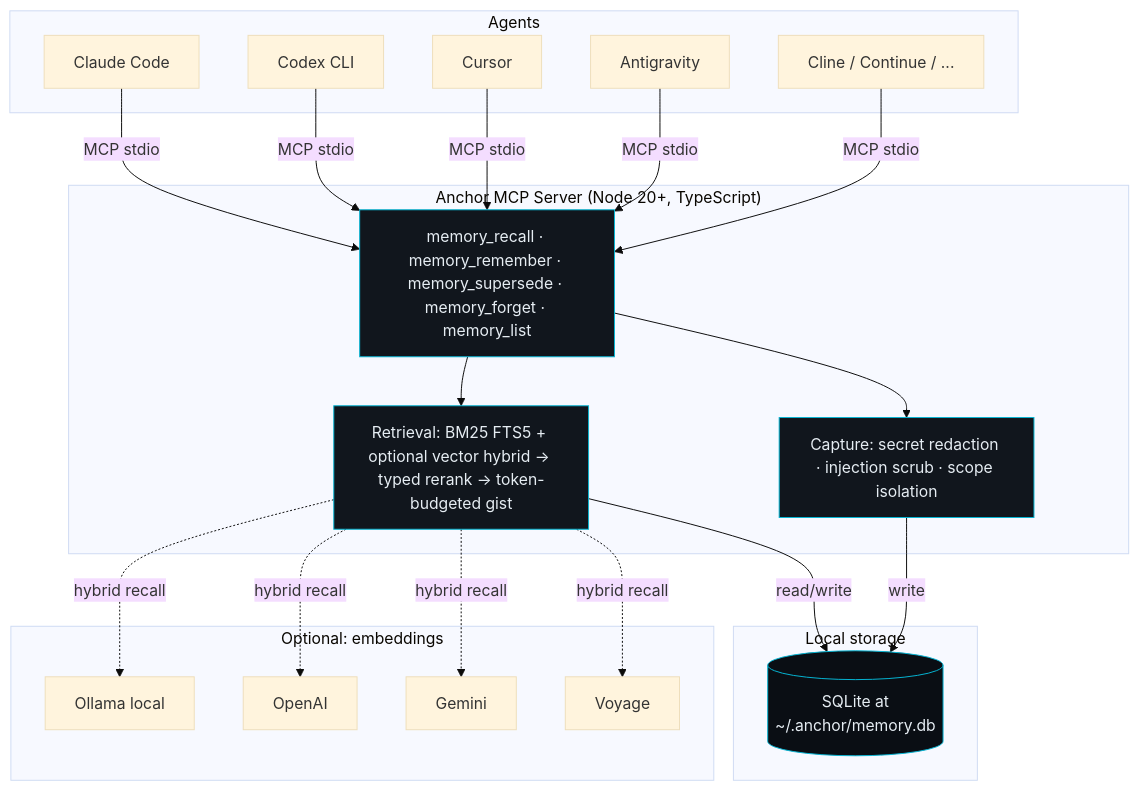
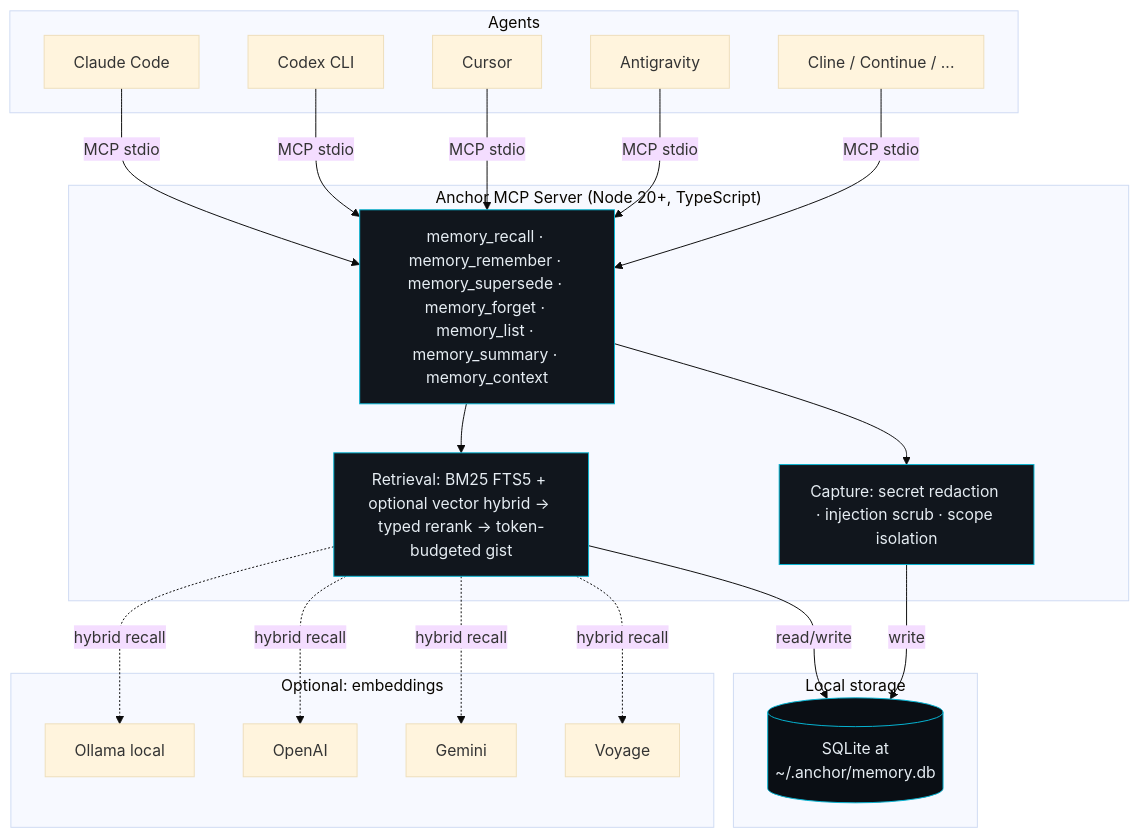
The diagram in README.md (priyank766/anchor), drawn with Mermaid (base theme) before and after one commit. The commit also changed 9 other files, not shown here.

Commit message:
Add memory_summary and memory_context tools with tests

````diff
--- a/README.md
+++ b/README.md
@@ -39,46 +39,46 @@
 ```mermaid
 flowchart TB
     subgraph Agents
         A1[Claude Code]
         A2[Codex CLI]
         A3[Cursor]
         A4[Antigravity]
         A5[Cline / Continue / ...]
     end
 
     subgraph "Anchor MCP Server (Node 20+, TypeScript)"
-        T[memory_recall · memory_remember · memory_supersede · memory_forget · memory_list]
+        T[memory_recall · memory_remember · memory_supersede · memory_forget · memory_list · memory_summary · memory_context]
         R[Retrieval: BM25 FTS5 + optional vector hybrid → typed rerank → token-budgeted gist]
         C[Capture: secret redaction · injection scrub · scope isolation]
         T --> R
         T --> C
     end
 
     subgraph "Local storage"
         DB[(SQLite at<br/>~/.anchor/memory.db)]
     end
 
     subgraph "Optional: embeddings"
         E1[Ollama local]
         E2[OpenAI]
         E3[Gemini]
         E4[Voyage]
     end
 
     A1 -->|MCP stdio| T
     A2 -->|MCP stdio| T
     A3 -->|MCP stdio| T
     A4 -->|MCP stdio| T
     A5 -->|MCP stdio| T
     R -->|read/write| DB
     C -->|write| DB
     R -.->|hybrid recall| E1
     R -.->|hybrid recall| E2
     R -.->|hybrid recall| E3
     R -.->|hybrid recall| E4
 
     style T fill:#11161d,stroke:#06b6d4,color:#e6edf3
     style R fill:#11161d,stroke:#06b6d4,color:#e6edf3
     style C fill:#11161d,stroke:#06b6d4,color:#e6edf3
     style DB fill:#0a0e14,stroke:#06b6d4,color:#e6edf3
 ```
````
